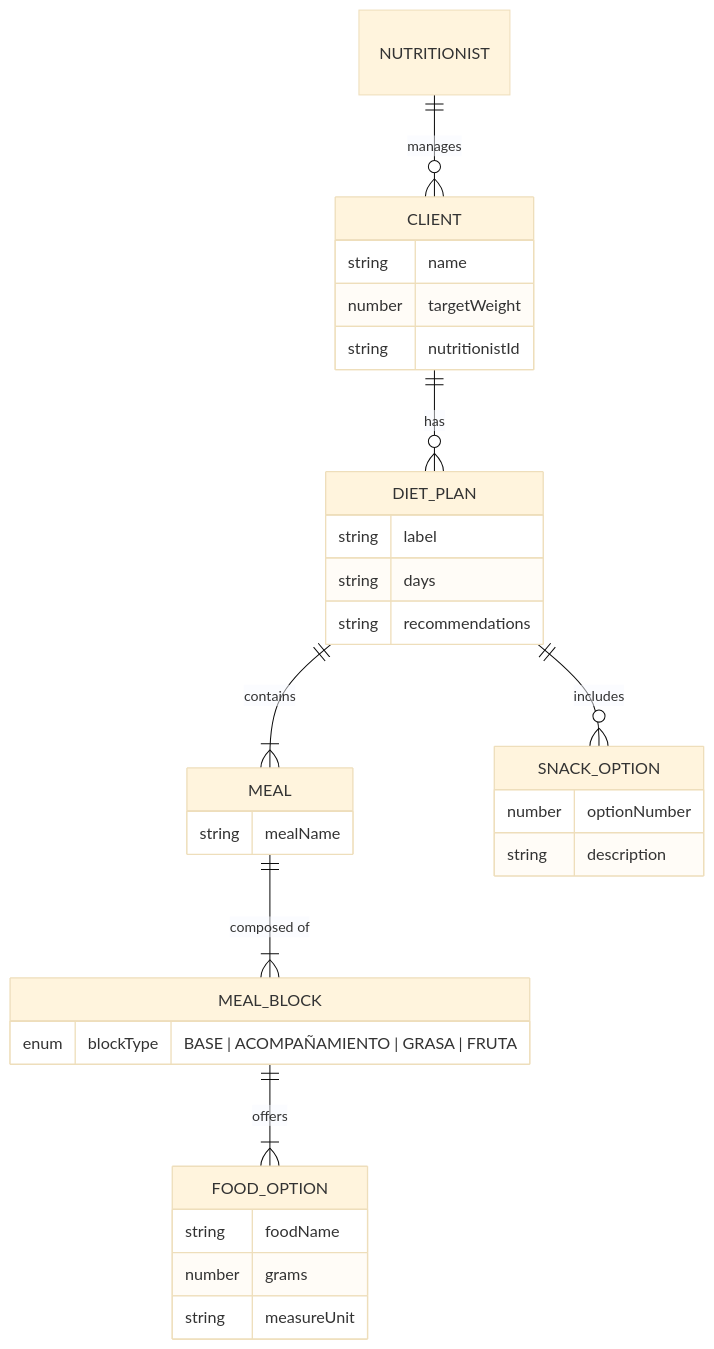
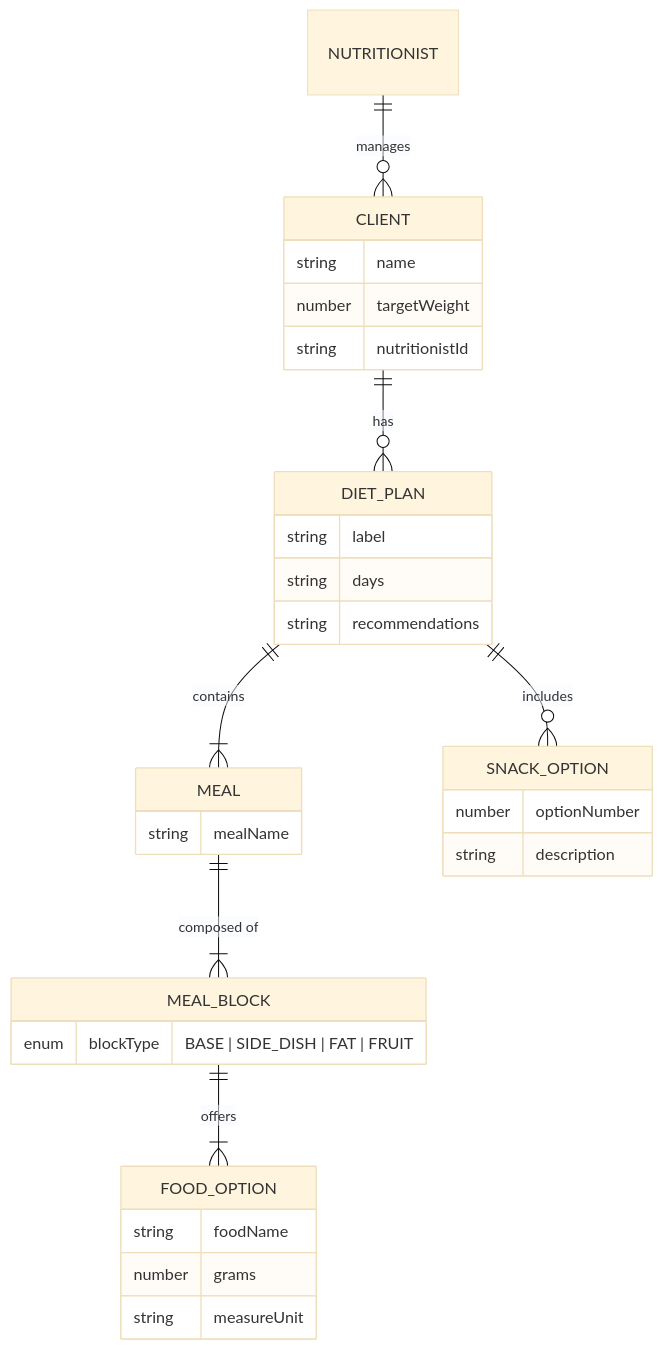
Before and after one commit to estebandiazm/nutrition-calculator-web: the second of 3 diagrams in README.md, drawn with Mermaid (base theme). The commit also changed other lines of this file, not shown here.

````diff
--- a/README.md
+++ b/README.md
@@ -167,35 +167,35 @@
 ```mermaid
 erDiagram
     NUTRITIONIST ||--o{ CLIENT : manages
     CLIENT ||--o{ DIET_PLAN : has
     DIET_PLAN ||--|{ MEAL : contains
     DIET_PLAN ||--o{ SNACK_OPTION : includes
     MEAL ||--|{ MEAL_BLOCK : "composed of"
     MEAL_BLOCK ||--|{ FOOD_OPTION : offers
 
     CLIENT {
         string name
         number targetWeight
         string nutritionistId
     }
     DIET_PLAN {
         string label
         string days
         string recommendations
     }
     MEAL {
         string mealName
     }
     MEAL_BLOCK {
-        enum blockType "BASE | ACOMPAÑAMIENTO | GRASA | FRUTA"
+        enum blockType "BASE | SIDE_DISH | FAT | FRUIT"
     }
     FOOD_OPTION {
         string foodName
         number grams
         string measureUnit
     }
     SNACK_OPTION {
         number optionNumber
         string description
     }
 ```
````
